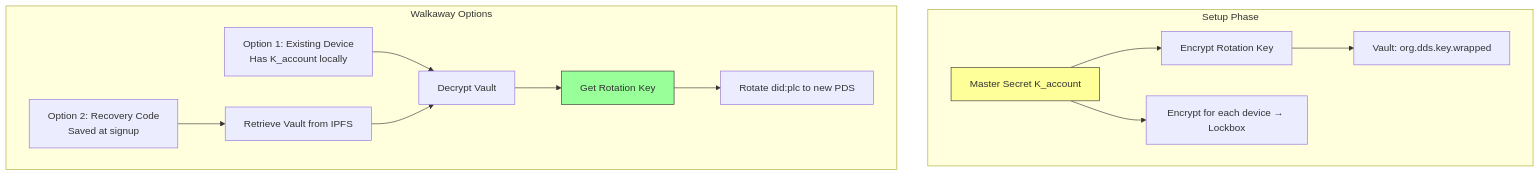
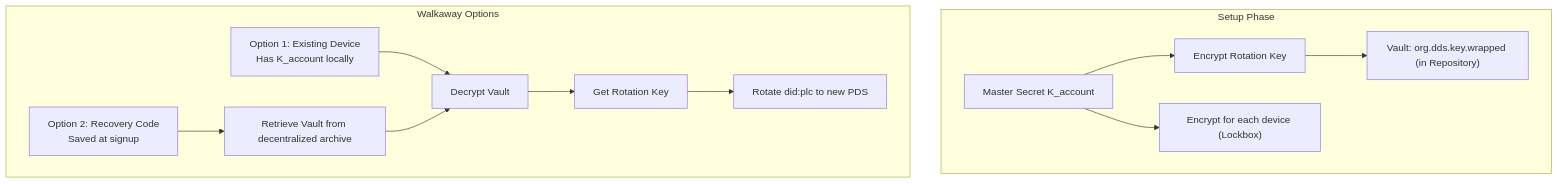
Before and after one commit to dds-wg/dds: the second of 4 diagrams in spec/implementation-addendum.md, drawn with Mermaid. The commit also changed other lines of this file and 5 other files, not shown here.

First line of the commit message:
fix: update mermaid diagrams to match spec, add new diagrams and tests

````diff
--- a/spec/implementation-addendum.md
+++ b/spec/implementation-addendum.md
@@ -72,23 +70,20 @@
 ```mermaid
 flowchart TD
     subgraph Setup["Setup Phase"]
         Master["Master Secret K_account"]
         Master --> EncryptRK["Encrypt Rotation Key"]
-        EncryptRK --> Vault["Vault: org.dds.key.wrapped"]
-        Master --> PerDevice["Encrypt for each device → Lockbox"]
+        EncryptRK --> Vault["Vault: org.dds.key.wrapped (in Repository)"]
+        Master --> PerDevice["Encrypt for each device (Lockbox)"]
     end
 
-    subgraph WalkawaySec["Walkaway Options"]
+    subgraph Walkaway["Walkaway Options"]
         ExistingDevice["Option 1: Existing Device<br/>Has K_account locally"]
         RecoveryCode["Option 2: Recovery Code<br/>Saved at signup"]
 
         ExistingDevice --> DecryptVault["Decrypt Vault"]
-        RecoveryCode --> RetrieveIPFS["Retrieve Vault from IPFS"]
-        RetrieveIPFS --> DecryptVault
+        RecoveryCode --> RetrieveVault["Retrieve Vault from decentralized archive"]
+        RetrieveVault --> DecryptVault
         DecryptVault --> GetRotationKey["Get Rotation Key"]
         GetRotationKey --> Rotate["Rotate did:plc to new PDS"]
     end
-
-    style Master fill:#ff9,stroke:#333
-    style GetRotationKey fill:#9f9,stroke:#333
 ```
````
